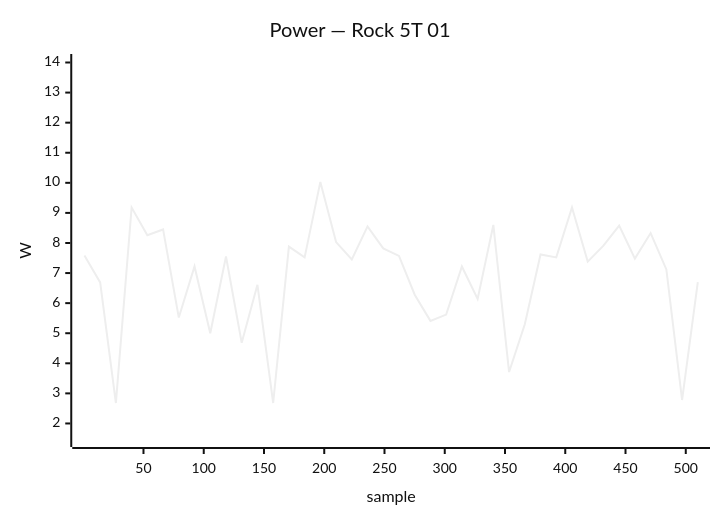
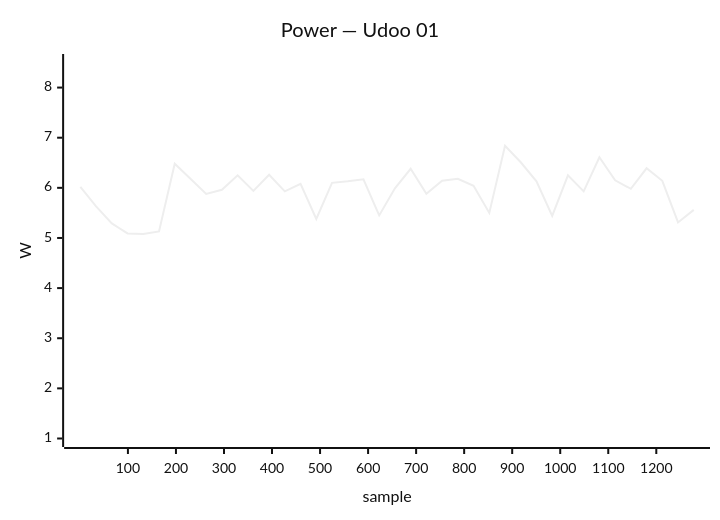
One commit to armbian/documentation changed diagram 17 of 34 in docs/status/board-tests.md. Above: the diagram before and after it, drawn with Mermaid (neutral theme). The commit also changed other lines of this file, not shown here.

````diff
--- a/docs/status/board-tests.md
+++ b/docs/status/board-tests.md
@@ -888,7 +848,7 @@
 ```mermaid
 xychart-beta
-    title "Power — Rock 5T 01"
-    x-axis "sample" 1 --> 510
-    y-axis "W" 1.5 --> 14.0
-    line [7.58, 6.69, 2.68, 9.18, 8.26, 8.45, 5.52, 7.22, 5.00, 7.55, 4.68, 6.61, 2.68, 7.88, 7.52, 10.03, 8.03, 7.45, 8.55, 7.82, 7.57, 6.28, 5.41, 5.62, 7.22, 6.14, 8.60, 3.71, 5.30, 7.62, 7.52, 9.18, 7.38, 7.91, 8.58, 7.48, 8.33, 7.12, 2.78, 6.70]
+    title "Power — Udoo 01"
+    x-axis "sample" 1 --> 1278
+    y-axis "W" 1.0 --> 8.5
+    line [6.02, 5.63, 5.29, 5.09, 5.08, 5.13, 6.48, 6.18, 5.88, 5.96, 6.25, 5.94, 6.26, 5.93, 6.08, 5.38, 6.10, 6.13, 6.17, 5.45, 5.99, 6.38, 5.88, 6.14, 6.18, 6.04, 5.50, 6.84, 6.51, 6.13, 5.44, 6.25, 5.93, 6.61, 6.15, 5.98, 6.39, 6.14, 5.31, 5.56]
 ```
````
